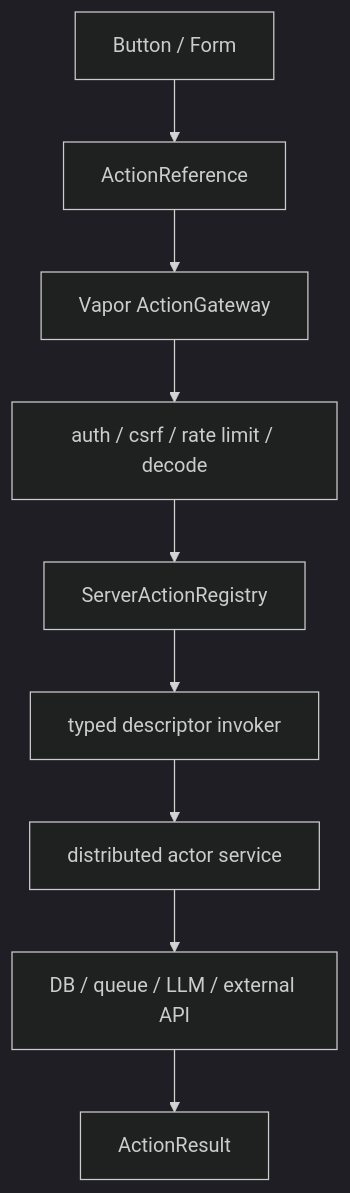
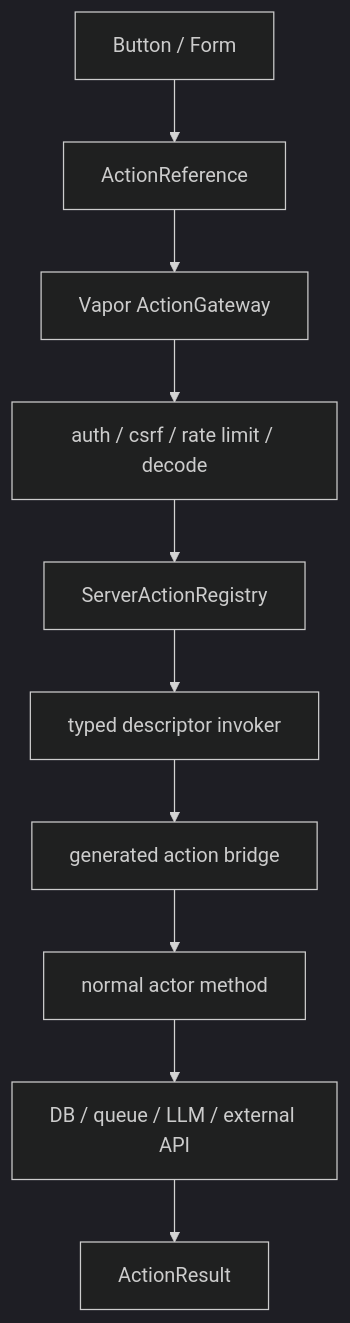
Before and after one commit to 1amageek/swift-web: the sixth of 9 diagrams in Sources/SwiftWeb/README.md, drawn with Mermaid (dark theme). The commit also changed other lines of this file and 24 other files, not shown here.

````diff
--- a/Sources/SwiftWeb/README.md
+++ b/Sources/SwiftWeb/README.md
@@ -214,11 +214,12 @@
 ```mermaid
 flowchart TD
   A["Button / Form"] --> B["ActionReference"]
   B --> C["Vapor ActionGateway"]
   C --> D["auth / csrf / rate limit / decode"]
   D --> E["ServerActionRegistry"]
   E --> F["typed descriptor invoker"]
-  F --> G["distributed actor service"]
-  G --> H["DB / queue / LLM / external API"]
-  H --> I["ActionResult"]
+  F --> G["generated action bridge"]
+  G --> H["normal actor method"]
+  H --> I["DB / queue / LLM / external API"]
+  I --> J["ActionResult"]
 ```
````
